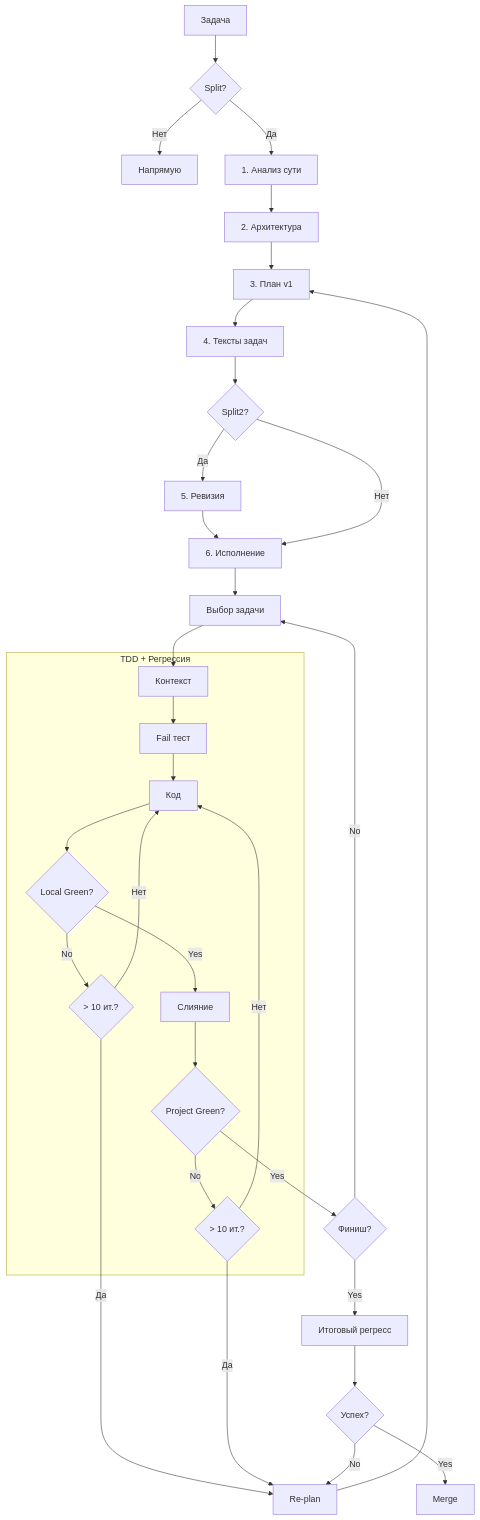
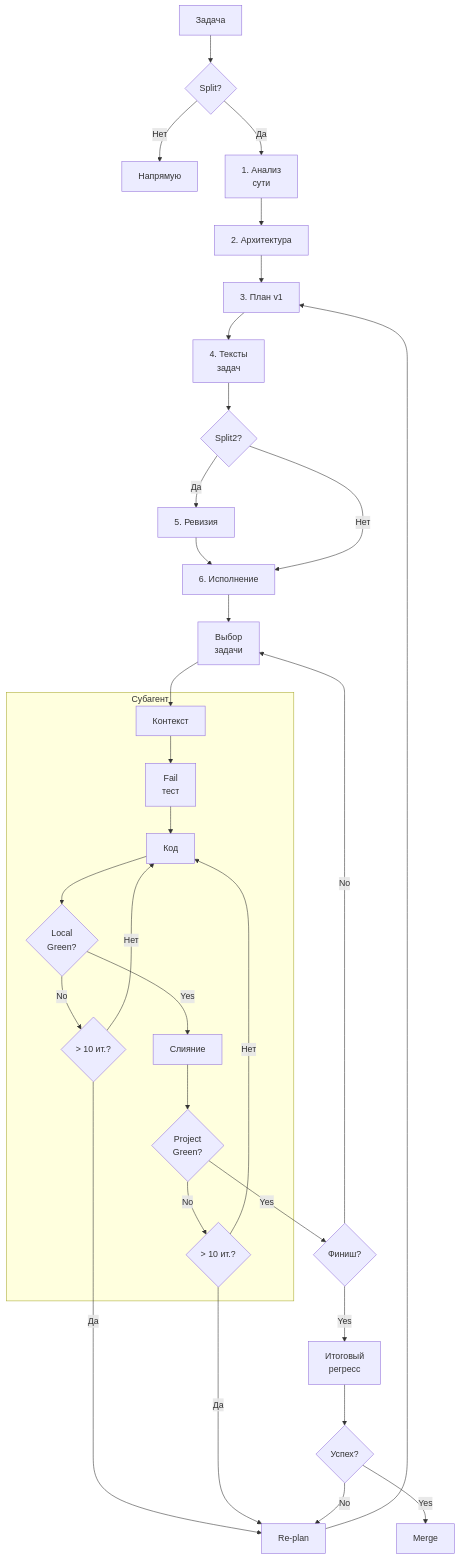
The diagram in README.md (SpIvanM/split-first-tdd-agent-orchestration-framework), drawn with Mermaid before and after one commit. The commit also changed 1 other file, not shown here.

Commit message:
docs: fix mermaid diagram formatting in README files for better readability

````diff
--- a/README.md
+++ b/README.md
@@ -102,49 +102,49 @@
 ```mermaid
 graph TD
     A["Задача"] --> B{"Split?"}
     B -- "Нет" --> C["Напрямую"]
-    B -- "Да" --> D["1. Анализ сути"]
+    B -- "Да" --> D["1. Анализ<br>сути"]
     D --> E["2. Архитектура"]
     E --> F["3. План v1"]
-    F --> G["4. Тексты задач"]
+    F --> G["4. Тексты<br>задач"]
     G --> H{"Split2?"}
     H -- "Да" --> I["5. Ревизия"]
     I --> J["6. Исполнение"]
     H -- "Нет" --> J
-    
+  
     T["Re-plan"] --> F
-    
-    J --> K["Выбор задачи"]
+  
+    J --> K["Выбор<br>задачи"]
     K --> L["Контекст"]
-    
-    subgraph "TDD + Регрессия"
+  
+    subgraph "Субагент"
         L
         M
         N
         O
         O1
         P
         Q
         Q1
     end
-    
-    L --> M["Fail тест"]
+  
+    L --> M["Fail<br>тест"]
     M --> N["Код"]
-    N --> O{"Local Green?"}
+    N --> O{"Local<br>Green?"}
     O -- "No" --> O1{"> 10 ит.?"}
     O1 -- "Нет" --> N
     O1 -- "Да" --> T
     O -- "Yes" --> P["Слияние"]
-    P --> Q{"Project Green?"}
+    P --> Q{"Project<br>Green?"}
     Q -- "No" --> Q1{"> 10 ит.?"}
     Q1 -- "Нет" --> N
     Q1 -- "Да" --> T
-    
+  
     Q -- "Yes" --> R{"Финиш?"}
     R -- "No" --> K
-    
-    R -- "Yes" --> U["Итоговый регресс"]
+  
+    R -- "Yes" --> U["Итоговый<br>регресс"]
     U --> W{"Успех?"}
     W -- "No" --> T
     W -- "Yes" --> V["Merge"]
 ```
````
